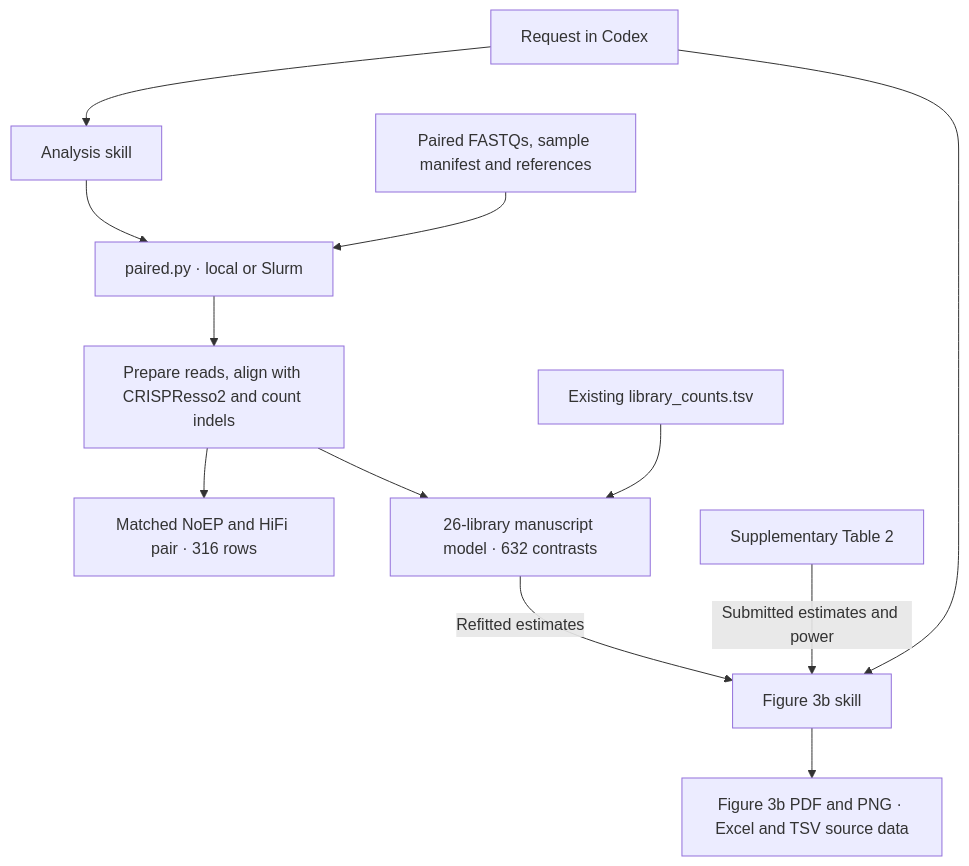
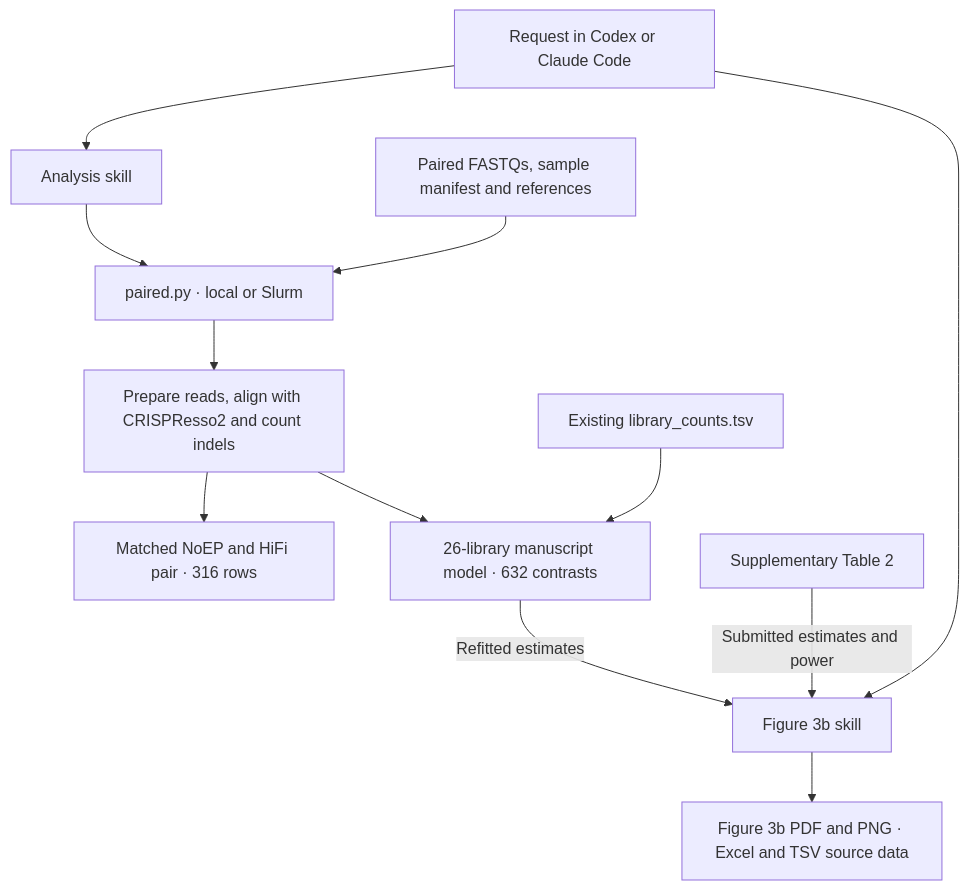
Before and after one commit to JasonLinjc/ABSOLVE-seq-agent: the diagram in README.md, drawn with Mermaid. The commit also changed other lines of this file, not shown here.

Commit message:
Guide first-time Codex and Claude Code users through project setup

````diff
--- a/README.md
+++ b/README.md
@@ -11,14 +52,14 @@
 ```mermaid
 flowchart TD
-    request["Request in Codex"] --> analysis["Analysis skill"]
+    request["Request in Codex or Claude Code"] --> analysis["Analysis skill"]
     request --> figure["Figure 3b skill"]
     analysis --> workflow["paired.py · local or Slurm"]
     inputs["Paired FASTQs, sample manifest and references"] --> workflow
     workflow --> counts["Prepare reads, align with CRISPResso2 and count indels"]
     counts --> pair["Matched NoEP and HiFi pair · 316 rows"]
     counts --> model["26-library manuscript model · 632 contrasts"]
     frozen["Existing library_counts.tsv"] --> model
     model -->|Refitted estimates| figure
     workbook["Supplementary Table 2"] -->|Submitted estimates and power| figure
     figure --> output["Figure 3b PDF and PNG · Excel and TSV source data"]
 ```
````
